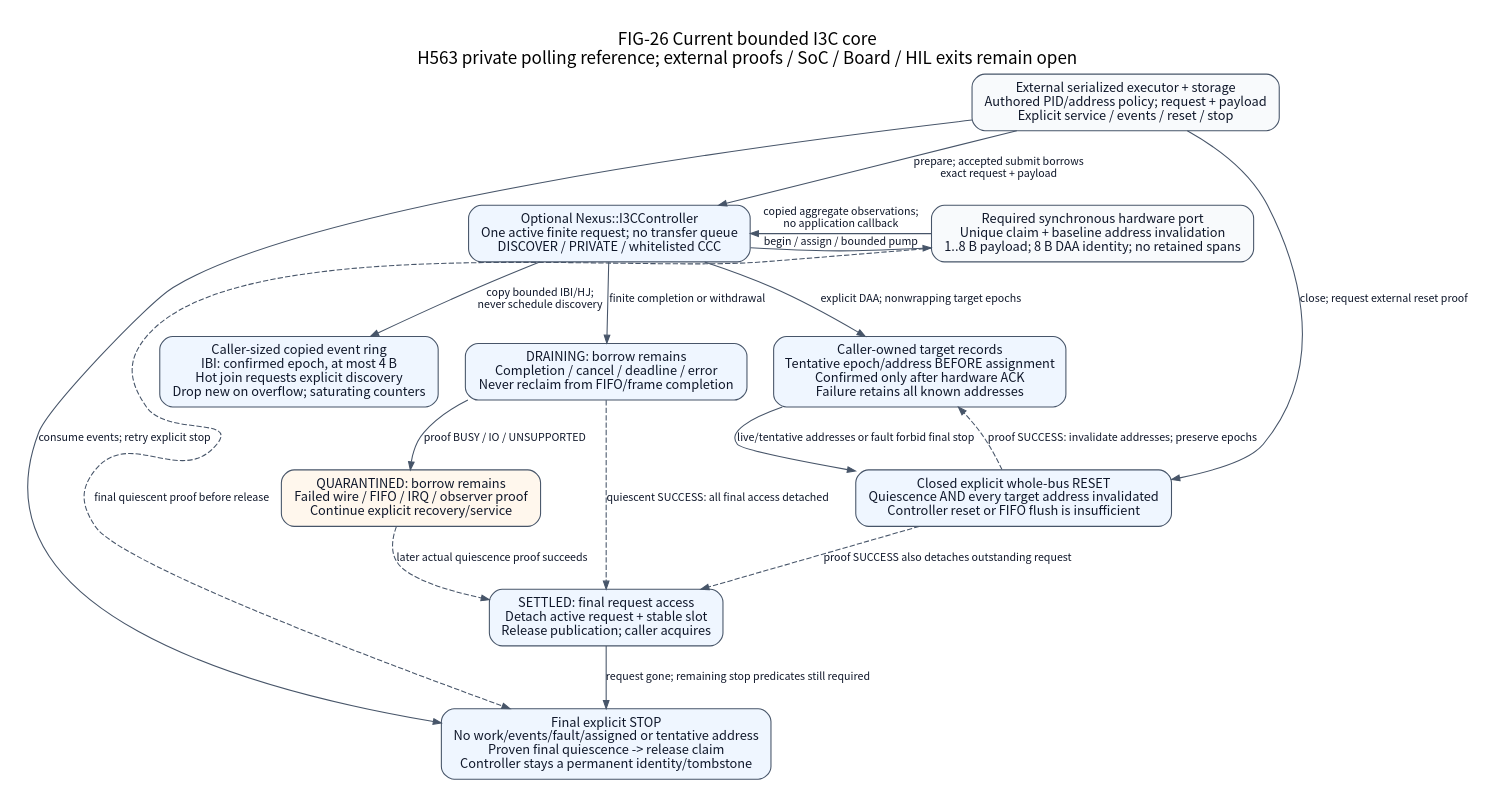
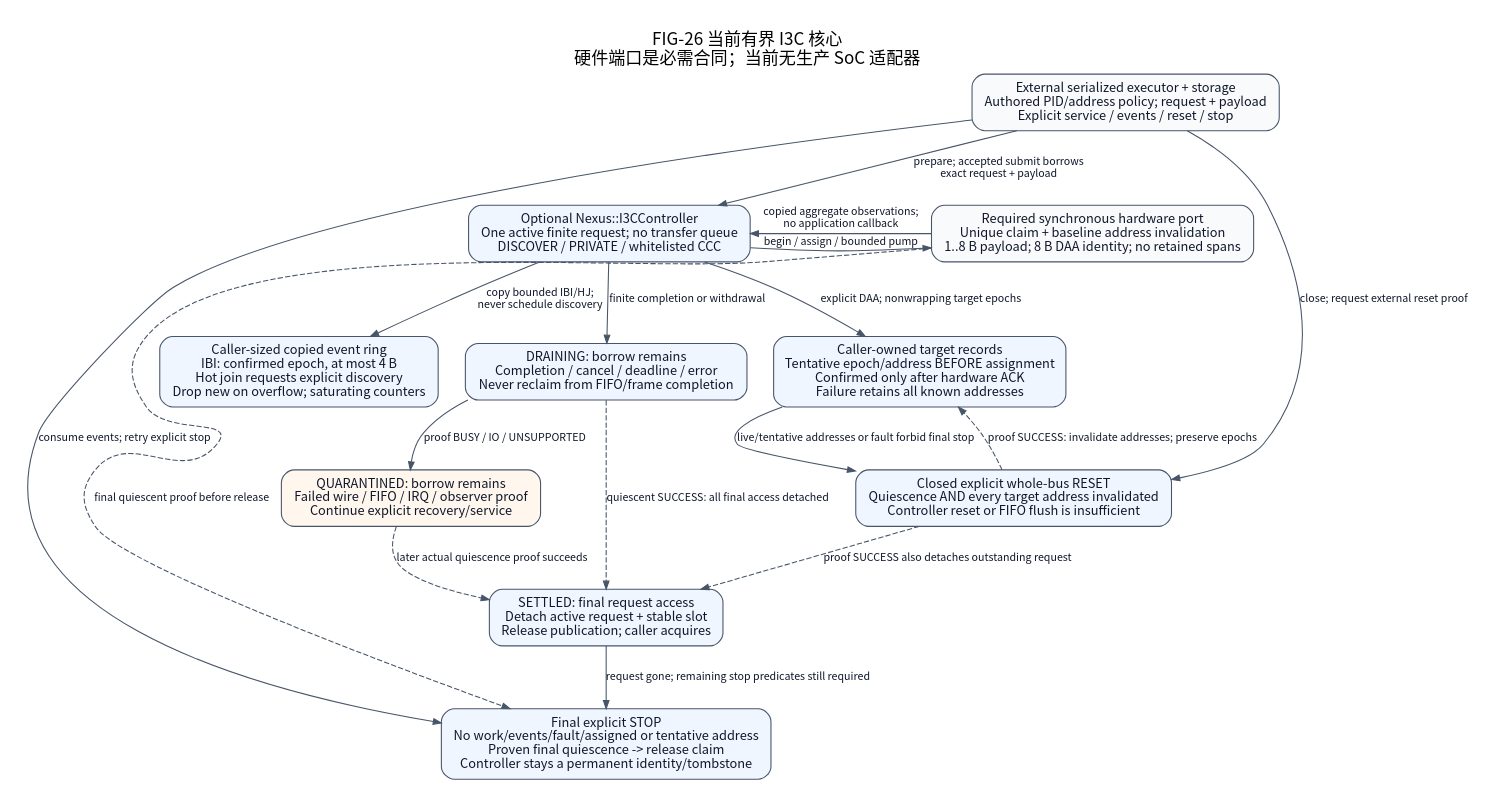
The diagram in docs/assets/diagrams/i3c-core-lifecycle.dot (X-Gen-Lab/nexus), drawn with Graphviz before and after one commit. The commit also changed 560 other files, not shown here.

```diff
--- a/docs/assets/diagrams/i3c-core-lifecycle.dot
+++ b/docs/assets/diagrams/i3c-core-lifecycle.dot
@@ -1,39 +1,39 @@
 // FIG-26 current common I3C mechanism and explicit external proofs.
-// Basis: public i3c_controller headers and i3c_controller.c.
+// Basis: components/buses/i3c_controller/include and src/i3c_controller.c.
 digraph i3cCore {
-    graph [label="FIG-26 Current bounded I3C core\nH563 private polling reference; external proofs / SoC / Board / HIL exits remain open",
+    graph [label="FIG-26 当前有界 I3C 核心\n硬件端口是必需合同；当前无生产 SoC 适配器",
            rankdir=TB, labelloc=t, fontname="Noto Sans CJK SC", fontsize=16,
            bgcolor="white", pad=0.25, nodesep=0.35, ranksep=0.65];
     node [shape=box, style="rounded,filled", fillcolor="#eff6ff",
           color="#475569", fontcolor="#0f172a", fontname="Noto Sans CJK SC",
           fontsize=12, margin="0.14,0.10"];
     edge [color="#475569", fontcolor="#0f172a",
           fontname="Noto Sans CJK SC", fontsize=10, arrowsize=0.75];
     caller [label="External serialized executor + storage\nAuthored PID/address policy; request + payload\nExplicit service / events / reset / stop", fillcolor="#f8fafc"];
     core [label="Optional Nexus::I3CController\nOne active finite request; no transfer queue\nDISCOVER / PRIVATE / whitelisted CCC"];
     port [label="Required synchronous hardware port\nUnique claim + baseline address invalidation\n1..8 B payload; 8 B DAA identity; no retained spans", fillcolor="#f8fafc"];
     records [label="Caller-owned target records\nTentative epoch/address BEFORE assignment\nConfirmed only after hardware ACK\nFailure retains all known addresses"];
     events [label="Caller-sized copied event ring\nIBI: confirmed epoch, at most 4 B\nHot join requests explicit discovery\nDrop new on overflow; saturating counters"];
     draining [label="DRAINING: borrow remains\nCompletion / cancel / deadline / error\nNever reclaim from FIFO/frame completion"];
     quarantine [label="QUARANTINED: borrow remains\nFailed wire / FIFO / IRQ / observer proof\nContinue explicit recovery/service", fillcolor="#fff7ed"];
     settled [label="SETTLED: final request access\nDetach active request + stable slot\nRelease publication; caller acquires"];
     reset [label="Closed explicit whole-bus RESET\nQuiescence AND every target address invalidated\nController reset or FIFO flush is insufficient"];
     stop [label="Final explicit STOP\nNo work/events/fault/assigned or tentative address\nProven final quiescence -> release claim\nController stays a permanent identity/tombstone"];
     { rank=same; core; port; }
     caller -> core [label="prepare; accepted submit borrows\nexact request + payload"];
     core -> port [label="begin / assign / bounded pump"];
     port -> core [label="copied aggregate observations;\nno application callback"];
     core -> records [label="explicit DAA; nonwrapping target epochs"];
     core -> events [label="copy bounded IBI/HJ;\nnever schedule discovery"];
     core -> draining [label="finite completion or withdrawal"];
     draining -> settled [label="quiescent SUCCESS: all final access detached", style=dashed];
     draining -> quarantine [label="proof BUSY / IO / UNSUPPORTED"];
     quarantine -> settled [label="later actual quiescence proof succeeds", style=dashed];
     caller -> reset [label="close; request external reset proof"];
     reset -> records [label="proof SUCCESS: invalidate addresses; preserve epochs", style=dashed];
     reset -> settled [label="proof SUCCESS also detaches outstanding request", style=dashed];
     records -> reset [label="live/tentative addresses or fault forbid final stop"];
     caller -> stop [label="consume events; retry explicit stop", constraint=false];
     settled -> stop [label="request gone; remaining stop predicates still required"];
     port -> stop [label="final quiescent proof before release", style=dashed, constraint=false];
 }
```
